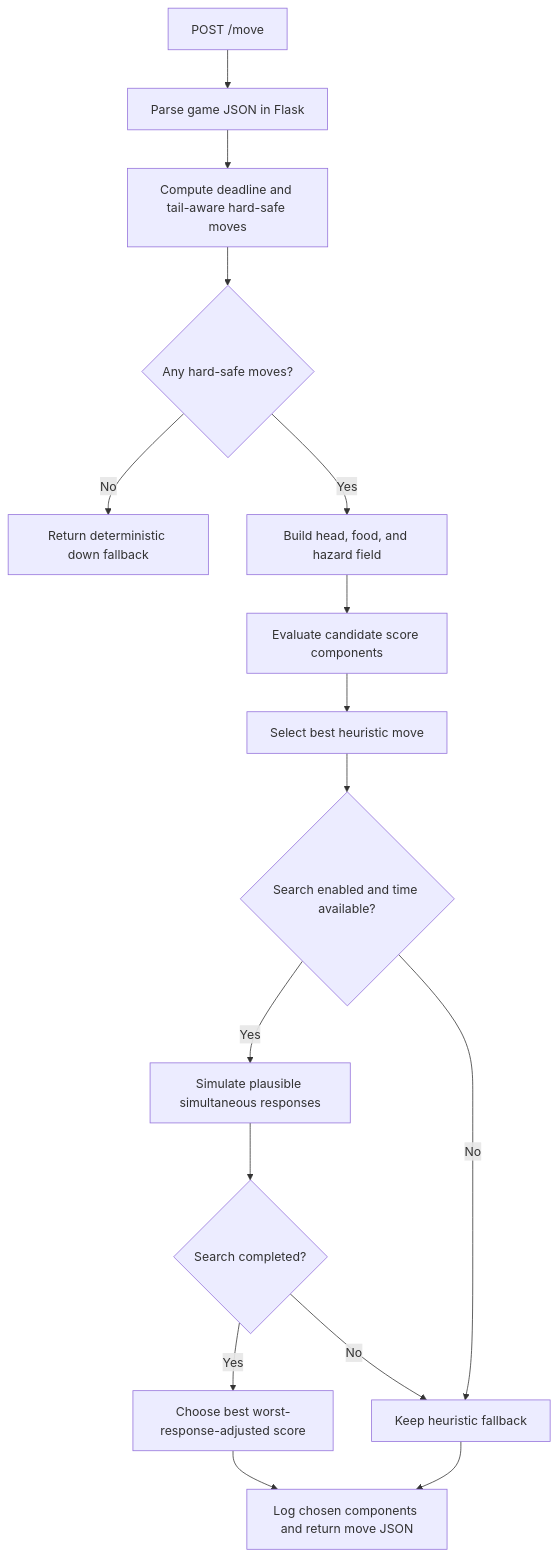
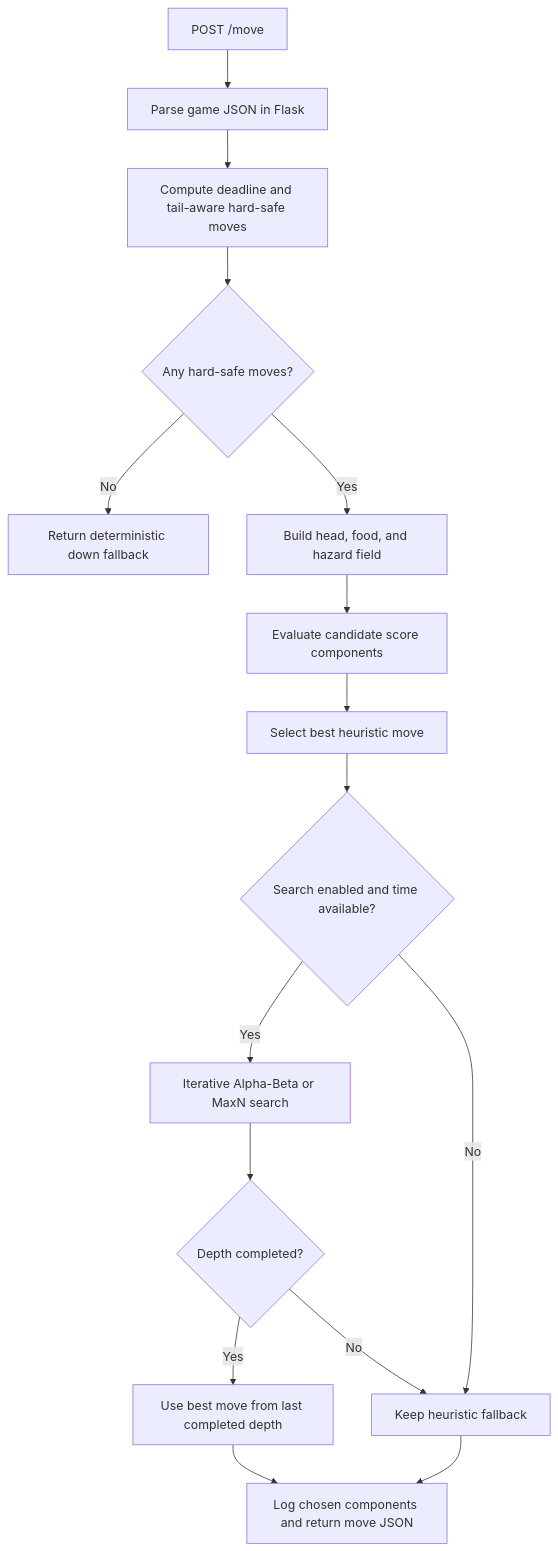
The diagram in docs/architecture.md (HAAGIMARU-29/project_snake), drawn with Mermaid before and after one commit. The commit also changed other lines of this file and 9 other files, not shown here.

````diff
--- a/docs/architecture.md
+++ b/docs/architecture.md
@@ -31,18 +31,18 @@
 ```mermaid
 flowchart TD
     A[POST /move] --> B[Parse game JSON in Flask]
     B --> C[Compute deadline and tail-aware hard-safe moves]
     C --> D{Any hard-safe moves?}
     D -- No --> E[Return deterministic down fallback]
     D -- Yes --> F[Build head, food, and hazard field]
     F --> G[Evaluate candidate score components]
     G --> H[Select best heuristic move]
     H --> I{Search enabled and time available?}
-    I -- Yes --> J[Simulate plausible simultaneous responses]
-    J --> K{Search completed?}
-    K -- Yes --> L[Choose best worst-response-adjusted score]
+    I -- Yes --> J[Iterative Alpha-Beta or MaxN search]
+    J --> K{Depth completed?}
+    K -- Yes --> L[Use best move from last completed depth]
     K -- No --> M[Keep heuristic fallback]
     I -- No --> M
     L --> N[Log chosen components and return move JSON]
     M --> N
 ```
````
